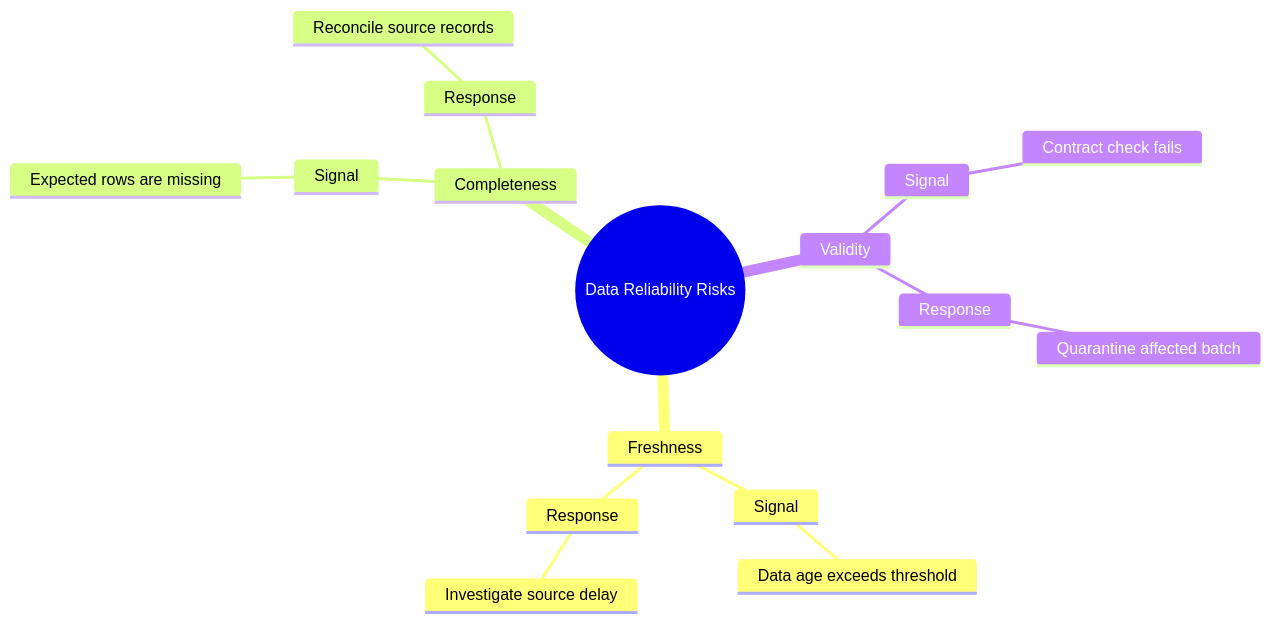
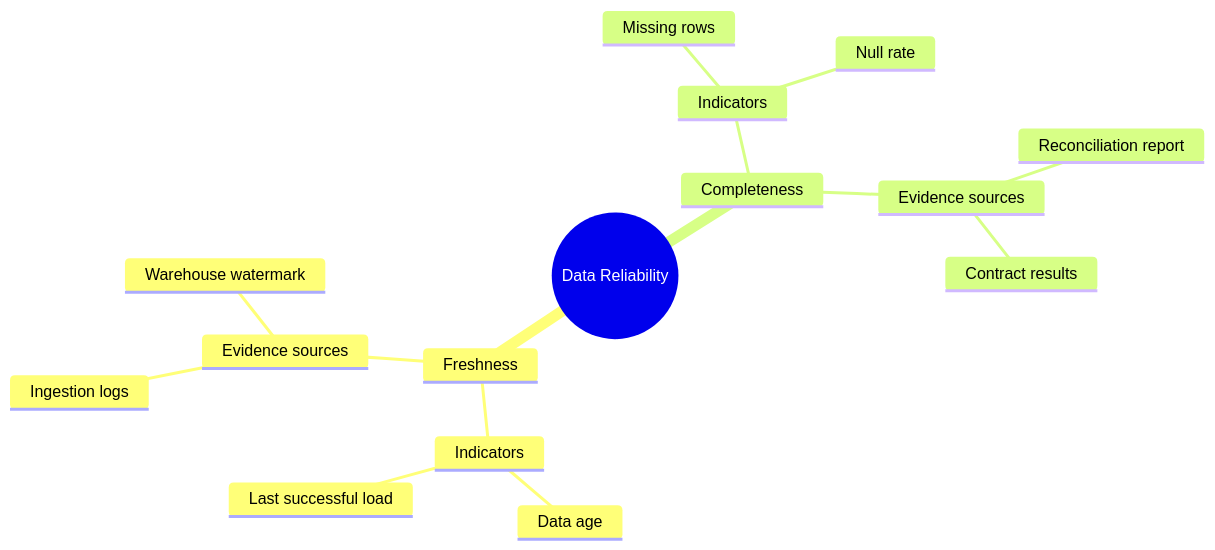
One commit to mols3131d/mols-agent-assets changed the second of 2 diagrams in src/rulesync/.rulesync/skills/mols-mermaid-diagram/references/examples/mindmap.md. Above: the diagram before and after it, drawn with Mermaid. The commit also changed other lines of this file and 27 other files, not shown here.

Commit message:
docs(mermaid): diagram examples 단계별 고도화

````diff
--- a/src/rulesync/.rulesync/skills/mols-mermaid-diagram/references/examples/mindmap.md
+++ b/src/rulesync/.rulesync/skills/mols-mermaid-diagram/references/examples/mindmap.md
@@ -47,19 +42,18 @@
 ```mermaid
 mindmap
-    root((Data Reliability Risks))
+    root((Data Reliability))
         Freshness
-            Signal
-                Data age exceeds threshold
-            Response
-                Investigate source delay
+            Indicators
+                Data age
+                Last successful load
+            Evidence sources
+                Ingestion logs
+                Warehouse watermark
         Completeness
-            Signal
-                Expected rows are missing
-            Response
-                Reconcile source records
-        Validity
-            Signal
-                Contract check fails
-            Response
-                Quarantine affected batch
+            Indicators
+                Missing rows
+                Null rate
+            Evidence sources
+                Reconciliation report
+                Contract results
 ```
````
